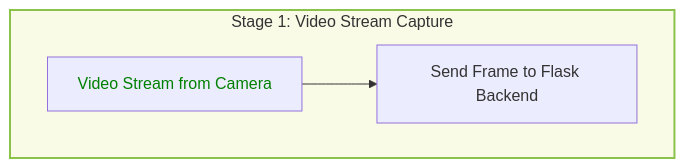
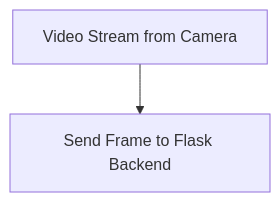
One commit to Tharun-selladurai/face_liveliness_web_platform changed the first of 6 diagrams in README.md. Above: the diagram before and after it, drawn with Mermaid. The commit also changed other lines of this file, not shown here.

````diff
--- a/README.md
+++ b/README.md
@@ -27,7 +64,4 @@
-```mermaid
-graph TD;
-    subgraph Stage1[Stage 1: Video Stream Capture]
-    style Stage1 fill:#F9FBE7,stroke:#8BC34A,stroke-width:2px;
-        A[<font color=green>Video Stream from Camera] --> B[Send Frame to Flask Backend]
-    end
-```
+   ```mermaid
+   graph TD;
+       A[Video Stream from Camera] --> B[Send Frame to Flask Backend];
+   ```
````
